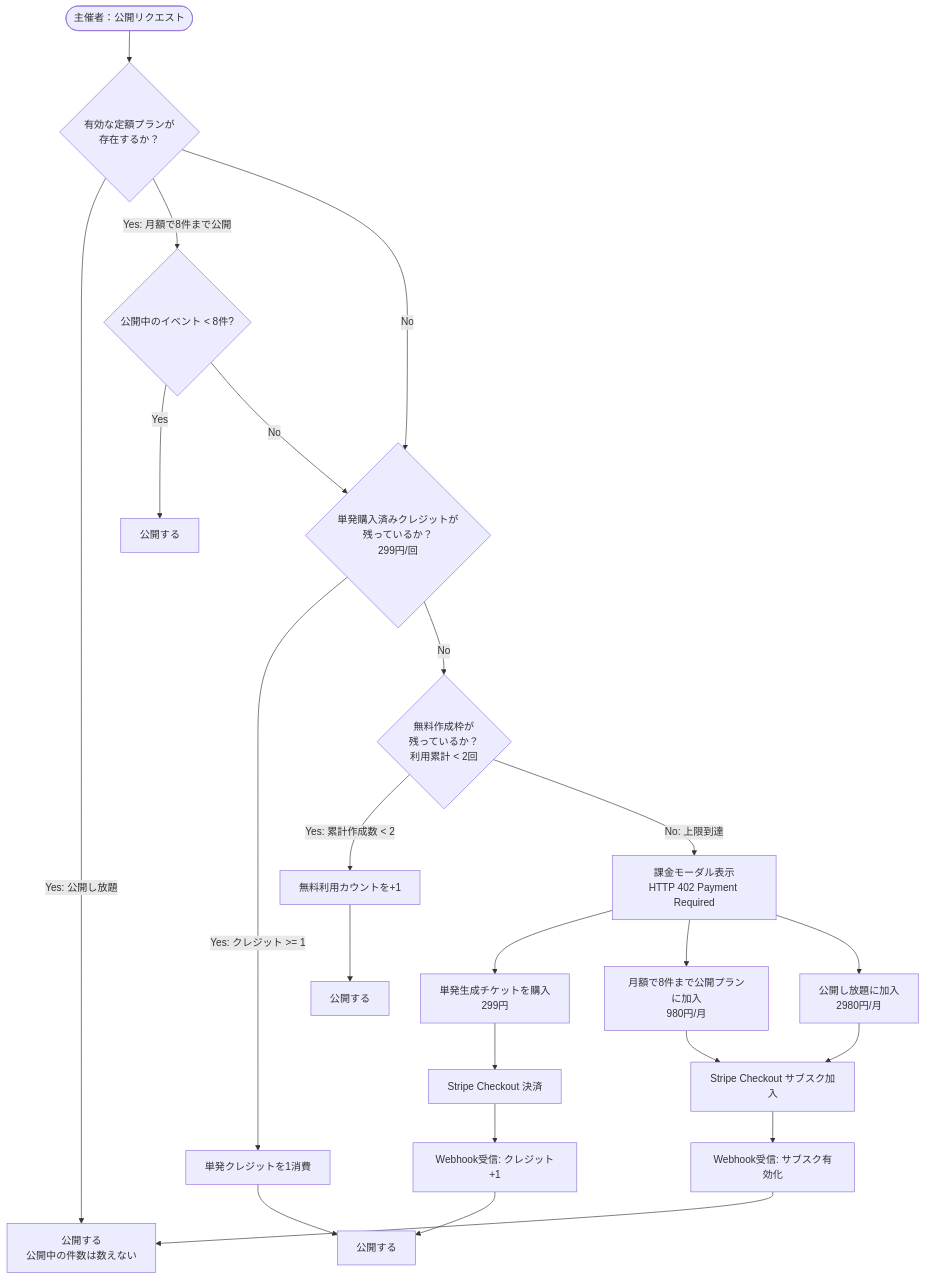
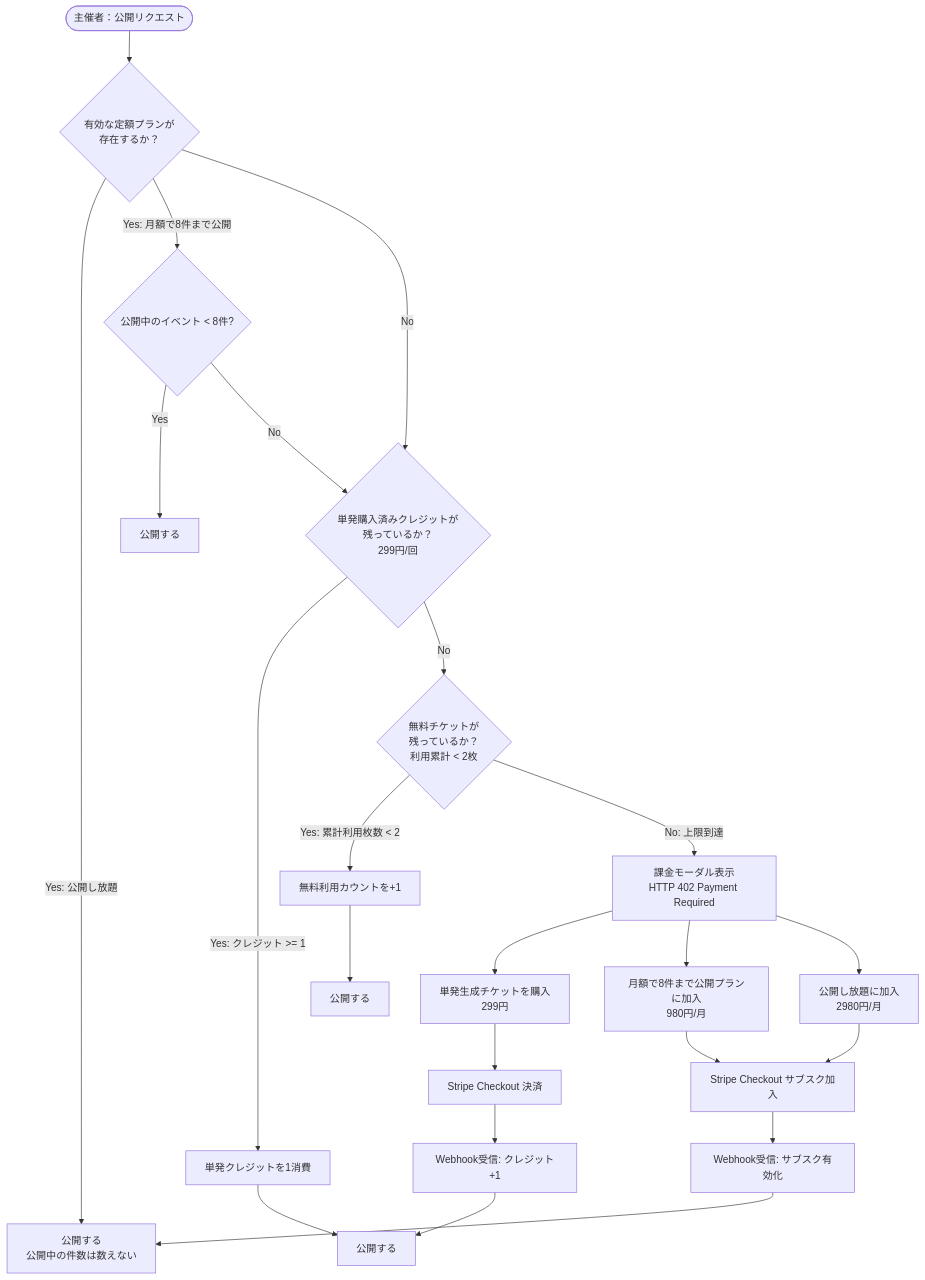
The second of 2 diagrams in docs/billing_and_quota_planning_requirements.md (HirofumiSato/EventKreater), drawn with Mermaid before and after one commit. The commit also changed other lines of this file and 105 other files, not shown here.

````diff
--- a/docs/billing_and_quota_planning_requirements.md
+++ b/docs/billing_and_quota_planning_requirements.md
@@ -78,21 +78,21 @@
 ```mermaid
 flowchart TD
     Start([主催者：公開リクエスト]) --> CheckSub{有効な定額プランが<br>存在するか？}
     CheckSub -- Yes: 公開し放題 --> ExecuteSub[公開する<br>公開中の件数は数えない]
     CheckSub -- Yes: 月額で8件まで公開 --> CheckSlots{公開中のイベント < 8件?}
     CheckSlots -- Yes --> ExecuteSub8[公開する]
     CheckSlots -- No --> CheckCredit
     CheckSub -- No --> CheckCredit{単発購入済みクレジットが<br>残っているか？<br>299円/回}
     CheckCredit -- Yes: クレジット >= 1 --> ConsumeCredit[単発クレジットを1消費] --> ExecuteCredit[公開する]
-    CheckCredit -- No --> CheckFree{無料作成枠が<br>残っているか？<br>利用累計 < 2回}
-    CheckFree -- Yes: 累計作成数 < 2 --> IncrementFree[無料利用カウントを+1] --> ExecuteFree[公開する]
+    CheckCredit -- No --> CheckFree{無料チケットが<br>残っているか？<br>利用累計 < 2枚}
+    CheckFree -- Yes: 累計利用枚数 < 2 --> IncrementFree[無料利用カウントを+1] --> ExecuteFree[公開する]
     CheckFree -- No: 上限到達 --> ShowModal[課金モーダル表示<br>HTTP 402 Payment Required]
     ShowModal --> Choice1[単発生成チケットを購入<br>299円]
     ShowModal --> Choice2[月額で8件まで公開プランに加入<br>980円/月]
     ShowModal --> Choice3[公開し放題に加入<br>2980円/月]
     Choice1 --> StripePay1[Stripe Checkout 決済]
     Choice2 --> StripePay2[Stripe Checkout サブスク加入]
     Choice3 --> StripePay2
     StripePay1 --> Webhook1[Webhook受信: クレジット+1] --> ExecuteCredit
     StripePay2 --> Webhook2[Webhook受信: サブスク有効化] --> ExecuteSub
 ```
````
